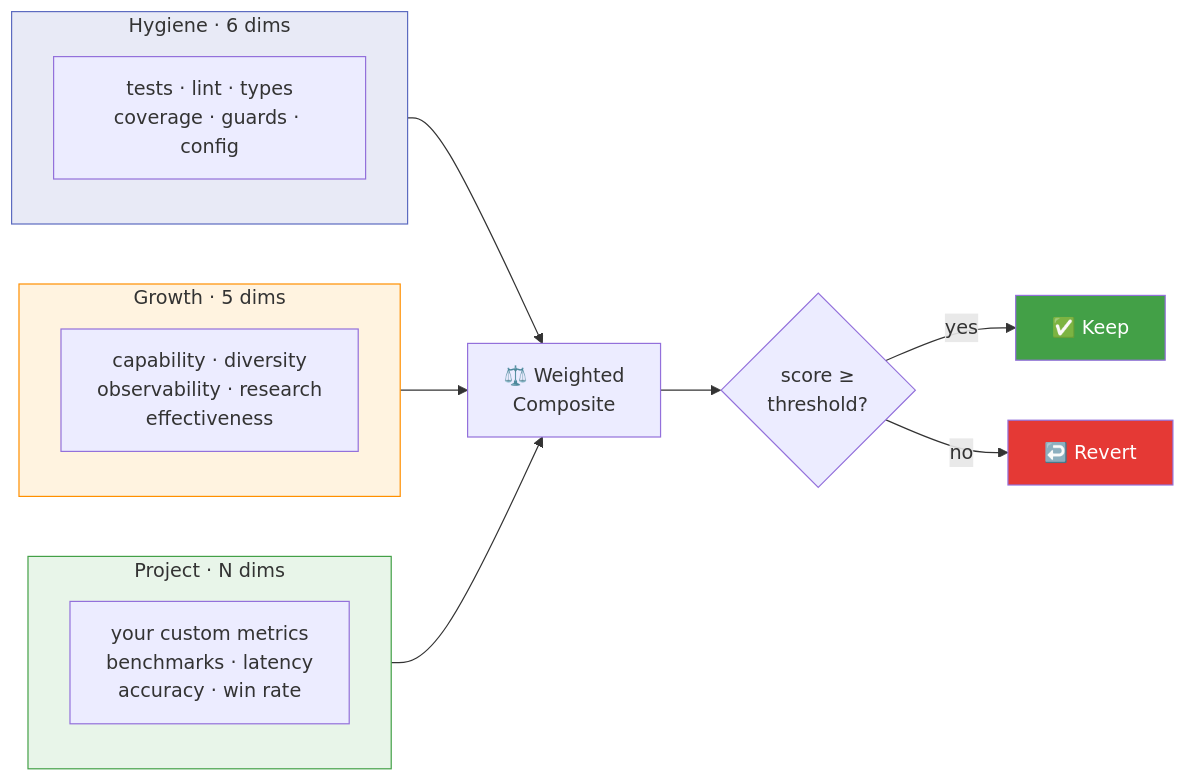
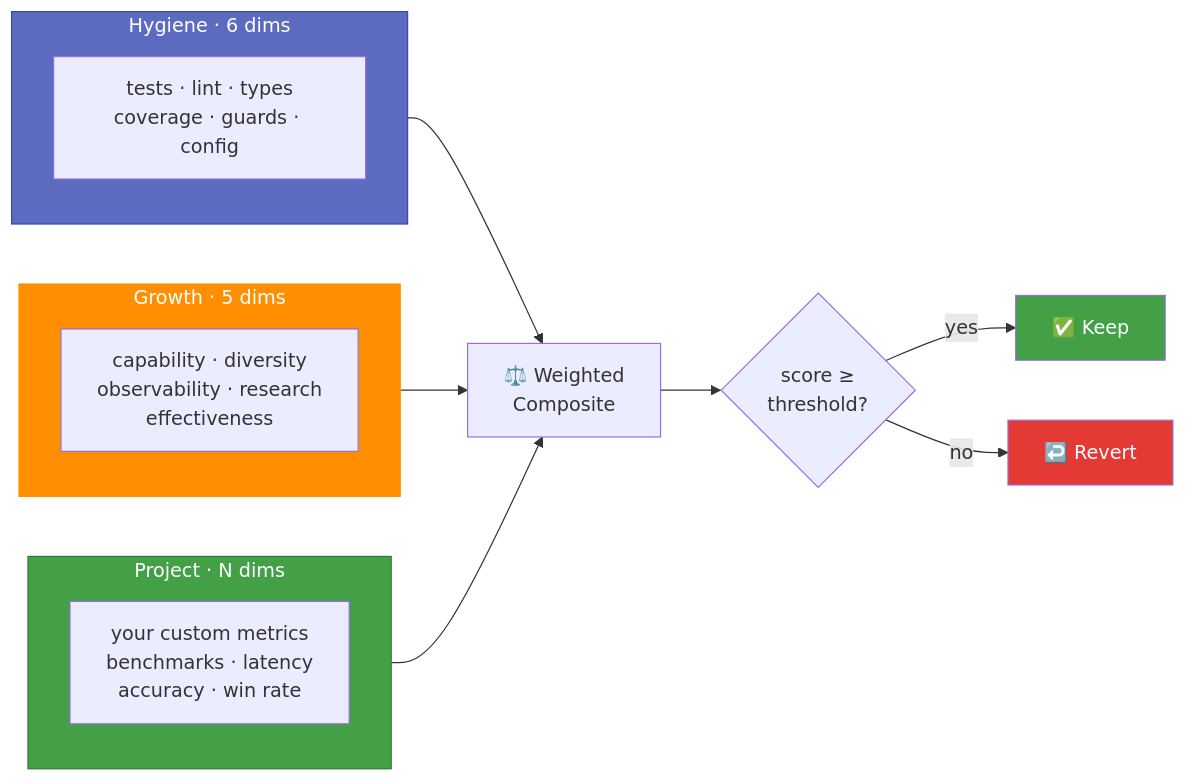
One commit to akashgit/remote-factory changed the fourth of 4 diagrams in docs/index.md. Above: the diagram before and after it, drawn with Mermaid. The commit also changed other lines of this file and 1 other file, not shown here.

First line of the commit message:
fix: use background-invariant colors in Mermaid diagrams for dark mode

````diff
--- a/docs/index.md
+++ b/docs/index.md
@@ -131,25 +131,25 @@
 ```mermaid
 graph LR
     subgraph hygiene ["Hygiene · 6 dims"]
         H1["tests · lint · types<br>coverage · guards · config"]
     end
     subgraph growth ["Growth · 5 dims"]
         G1["capability · diversity<br>observability · research<br>effectiveness"]
     end
     subgraph project ["Project · N dims"]
         P1["your custom metrics<br>benchmarks · latency<br>accuracy · win rate"]
     end
 
     hygiene --> M["⚖️ Weighted<br>Composite"]
     growth --> M
     project --> M
     M --> S{"score ≥<br>threshold?"}
     S -- "yes" --> K["✅ Keep"]
     S -- "no" --> R["↩️ Revert"]
 
-    style hygiene fill:#e8eaf6,stroke:#5c6bc0
-    style growth fill:#fff3e0,stroke:#ff8f00
-    style project fill:#e8f5e9,stroke:#43a047
+    style hygiene fill:#5c6bc0,color:#fff,stroke:#3949ab
+    style growth fill:#ff8f00,color:#fff,stroke:#ff8f00
+    style project fill:#43a047,color:#fff,stroke:#2e7d32
     style K fill:#43a047,color:#fff
     style R fill:#e53935,color:#fff
 ```
````
